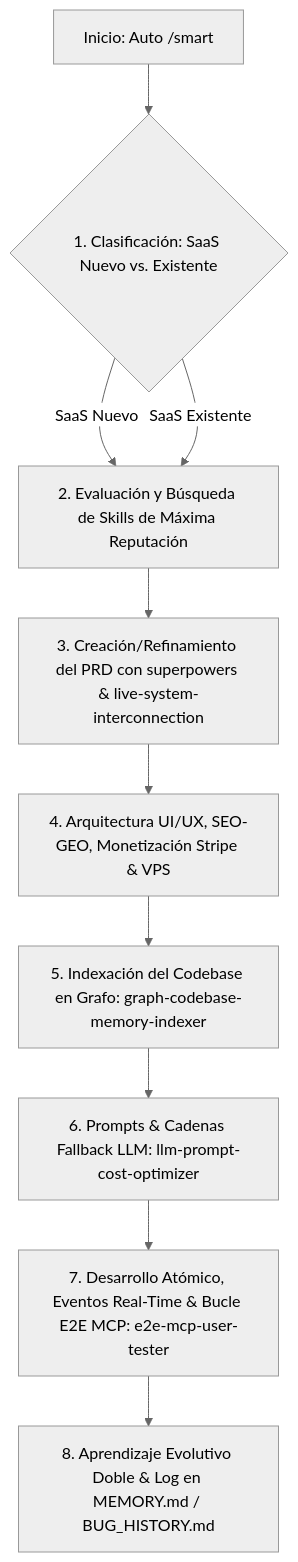
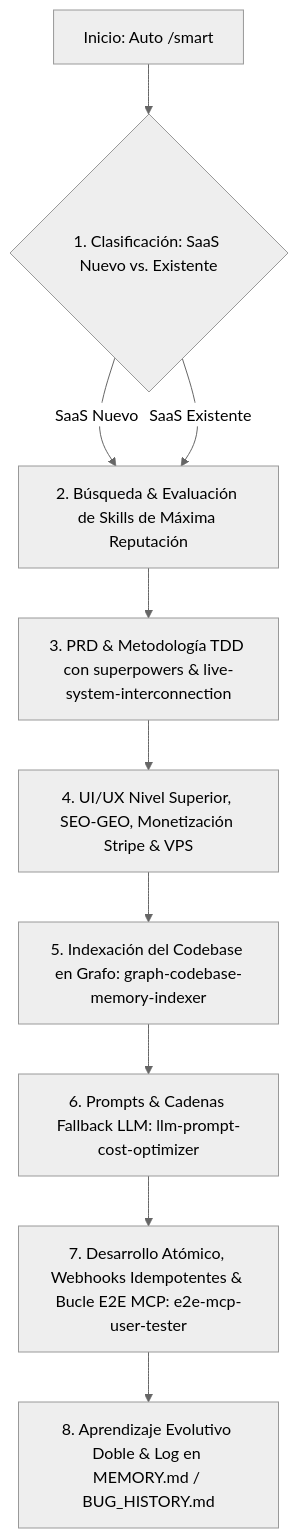
Before and after one commit to growthack7/saas-smart-engine: the diagram in skills/smart-systems-builder/SKILL.md, drawn with Mermaid (neutral theme). The commit also changed 1 other file, not shown here.

Commit message:
fix-mermaid-diagram-quotes-for-github-rendering

````diff
--- a/skills/smart-systems-builder/SKILL.md
+++ b/skills/smart-systems-builder/SKILL.md
@@ -21,12 +21,12 @@
 ```mermaid
 flowchart TD
-    A[Inicio: Auto /smart] --> B{1. Clasificación: SaaS Nuevo vs. Existente}
-    B -->|SaaS Nuevo| C[2. Evaluación y Búsqueda de Skills de Máxima Reputación]
-    B -->|SaaS Existente| C
-    C --> D[3. Creación/Refinamiento del PRD con superpowers & live-system-interconnection]
-    D --> E[4. Arquitectura UI/UX, SEO-GEO, Monetización Stripe & VPS]
-    E --> F[5. Indexación del Codebase en Grafo: graph-codebase-memory-indexer]
-    F --> G[6. Prompts & Cadenas Fallback LLM: llm-prompt-cost-optimizer]
-    G --> H[7. Desarrollo Atómico, Eventos Real-Time & Bucle E2E MCP: e2e-mcp-user-tester]
-    H --> I[8. Aprendizaje Evolutivo Doble & Log en MEMORY.md / BUG_HISTORY.md]
+    A["Inicio: Auto /smart"] --> B{"1. Clasificación: SaaS Nuevo vs. Existente"}
+    B -->|"SaaS Nuevo"| C["2. Búsqueda & Evaluación de Skills de Máxima Reputación"]
+    B -->|"SaaS Existente"| C
+    C --> D["3. PRD & Metodología TDD con superpowers & live-system-interconnection"]
+    D --> E["4. UI/UX Nivel Superior, SEO-GEO, Monetización Stripe & VPS"]
+    E --> F["5. Indexación del Codebase en Grafo: graph-codebase-memory-indexer"]
+    F --> G["6. Prompts & Cadenas Fallback LLM: llm-prompt-cost-optimizer"]
+    G --> H["7. Desarrollo Atómico, Webhooks Idempotentes & Bucle E2E MCP: e2e-mcp-user-tester"]
+    H --> I["8. Aprendizaje Evolutivo Doble & Log en MEMORY.md / BUG_HISTORY.md"]
 ```
````
